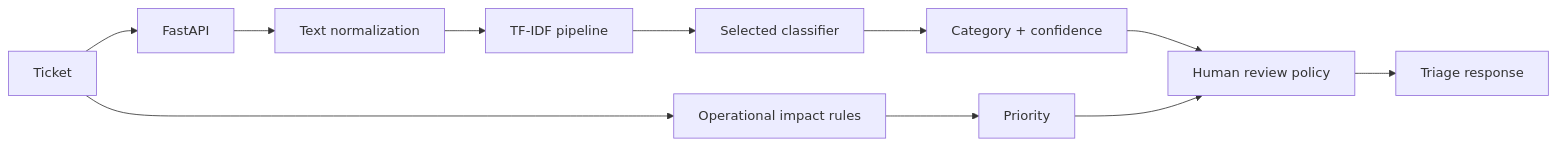
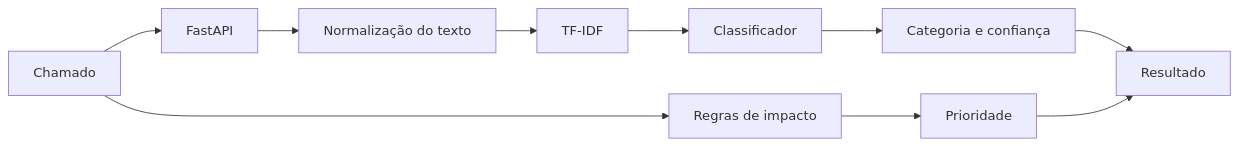
One commit to Clebin0/ai-helpdesk changed the first of 2 diagrams in docs/ARCHITECTURE.md. Above: the diagram before and after it, drawn with Mermaid. The commit also changed other lines of this file, not shown here.

Commit message:
docs: simplify architecture notes

````diff
--- a/docs/ARCHITECTURE.md
+++ b/docs/ARCHITECTURE.md
@@ -9,13 +5,12 @@
 ```mermaid
 flowchart LR
-    A[Ticket] --> B[FastAPI]
-    B --> C[Text normalization]
-    C --> D[TF-IDF pipeline]
-    D --> E[Selected classifier]
-    E --> F[Category + confidence]
-    A --> G[Operational impact rules]
-    G --> H[Priority]
-    F --> I[Human review policy]
+    A[Chamado] --> B[FastAPI]
+    B --> C[Normalização do texto]
+    C --> D[TF-IDF]
+    D --> E[Classificador]
+    E --> F[Categoria e confiança]
+    A --> G[Regras de impacto]
+    G --> H[Prioridade]
+    F --> I[Resultado]
     H --> I
-    I --> J[Triage response]
 ```
````
